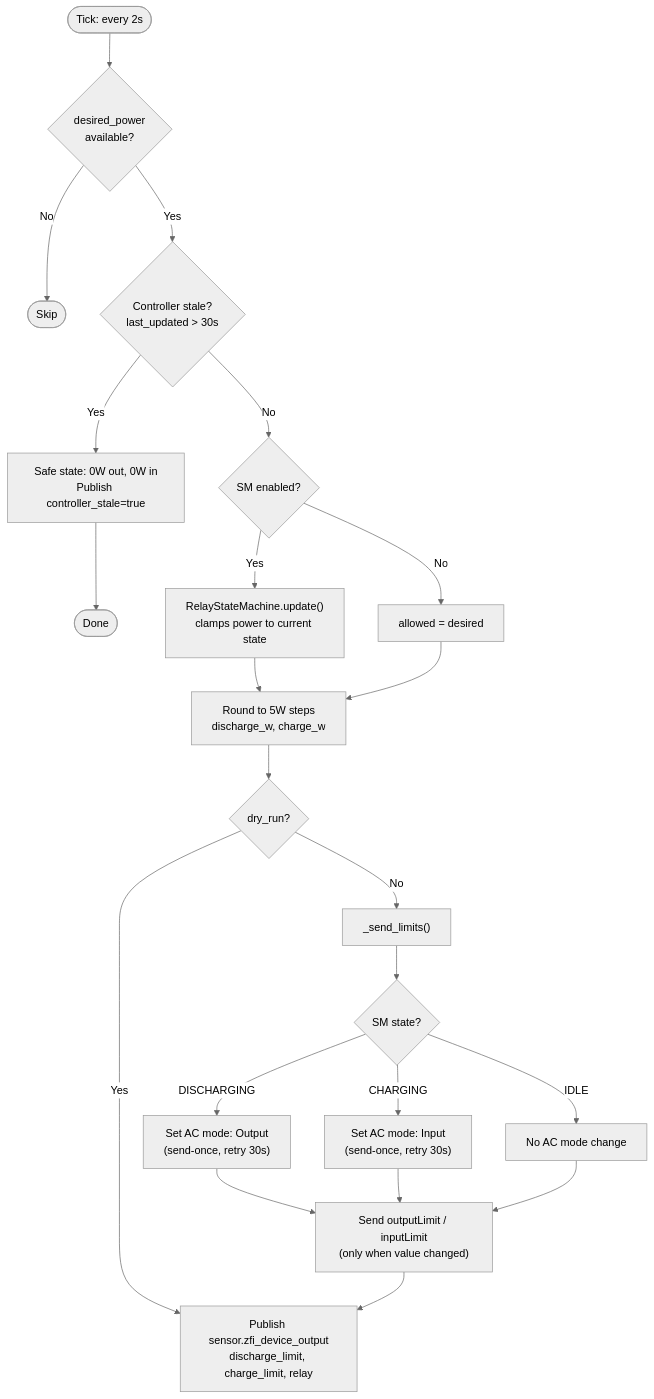
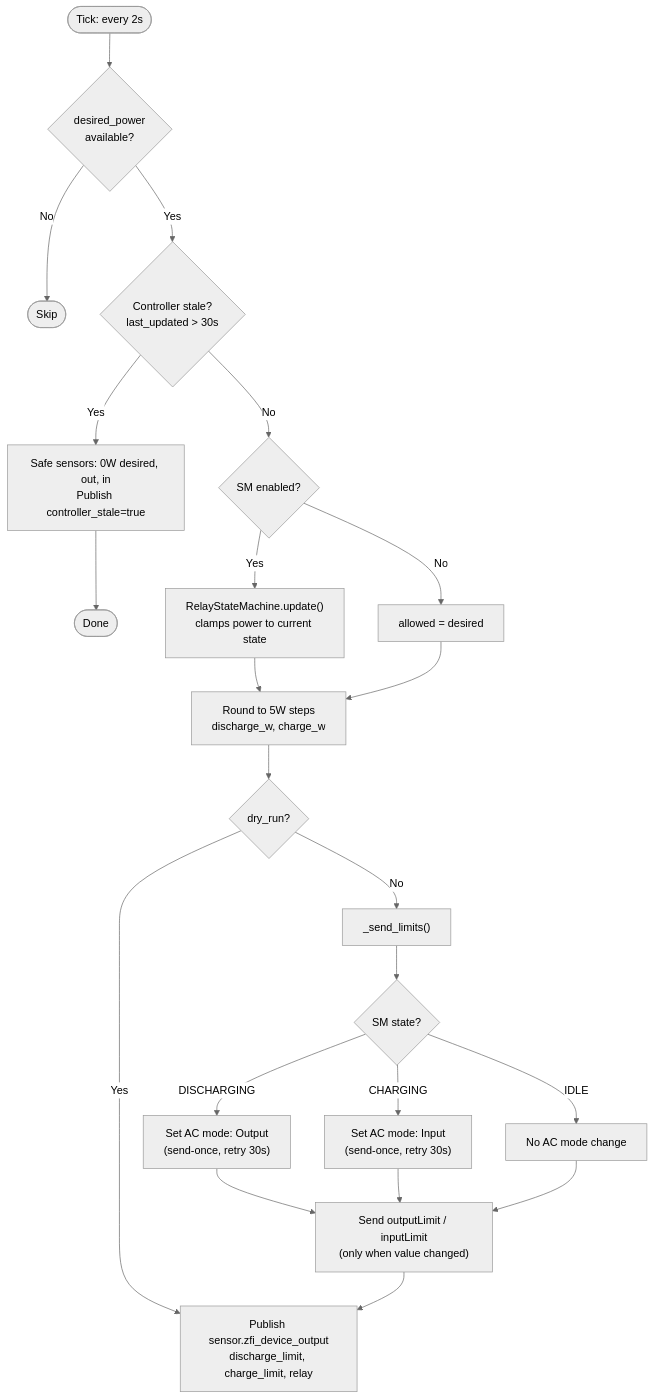
Before and after one commit to steffenruehl/ha-zero-feed-in: the second of 3 diagrams in docs/zero_feed_in_docs.md, drawn with Mermaid (neutral theme). The commit also changed other lines of this file and 4 other files, not shown here.

First line of the commit message:
Move device safe-state to watchdog, driver only publishes safe sensors

````diff
--- a/docs/zero_feed_in_docs.md
+++ b/docs/zero_feed_in_docs.md
@@ -436,34 +437,34 @@
 ```mermaid
 flowchart TD
     A([Tick: every 2s]) --> B{desired_power<br>available?}
     B -- No --> Z([Skip])
     B -- Yes --> STALE{Controller stale?<br>last_updated > 30s}
-    STALE -- Yes --> SAFE["Safe state: 0W out, 0W in<br>Publish controller_stale=true"]
+    STALE -- Yes --> SAFE["Safe sensors: 0W desired, out, in<br>Publish controller_stale=true"]
     SAFE --> Z2([Done])
     STALE -- No --> SM{SM enabled?}
     SM -- Yes --> SMU["RelayStateMachine.update()<br>clamps power to current state"]
     SM -- No --> PASS["allowed = desired"]
     SMU --> RND
     PASS --> RND
 
     RND["Round to 5W steps<br>discharge_w, charge_w"]
 
     RND --> DRY{dry_run?}
     DRY -- Yes --> PUB
     DRY -- No --> SEND
 
     SEND["_send_limits()"]
     SEND --> ACM{"SM state?"}
     ACM -- DISCHARGING --> AO["Set AC mode: Output<br>(send-once, retry 30s)"]
     ACM -- CHARGING --> AI["Set AC mode: Input<br>(send-once, retry 30s)"]
     ACM -- IDLE --> SKIP_AC["No AC mode change"]
 
     AO --> LIM
     AI --> LIM
     SKIP_AC --> LIM
 
     LIM["Send outputLimit / inputLimit<br>(only when value changed)"]
 
     LIM --> PUB
     PUB["Publish sensor.zfi_device_output<br>discharge_limit, charge_limit, relay"]
 ```
````
